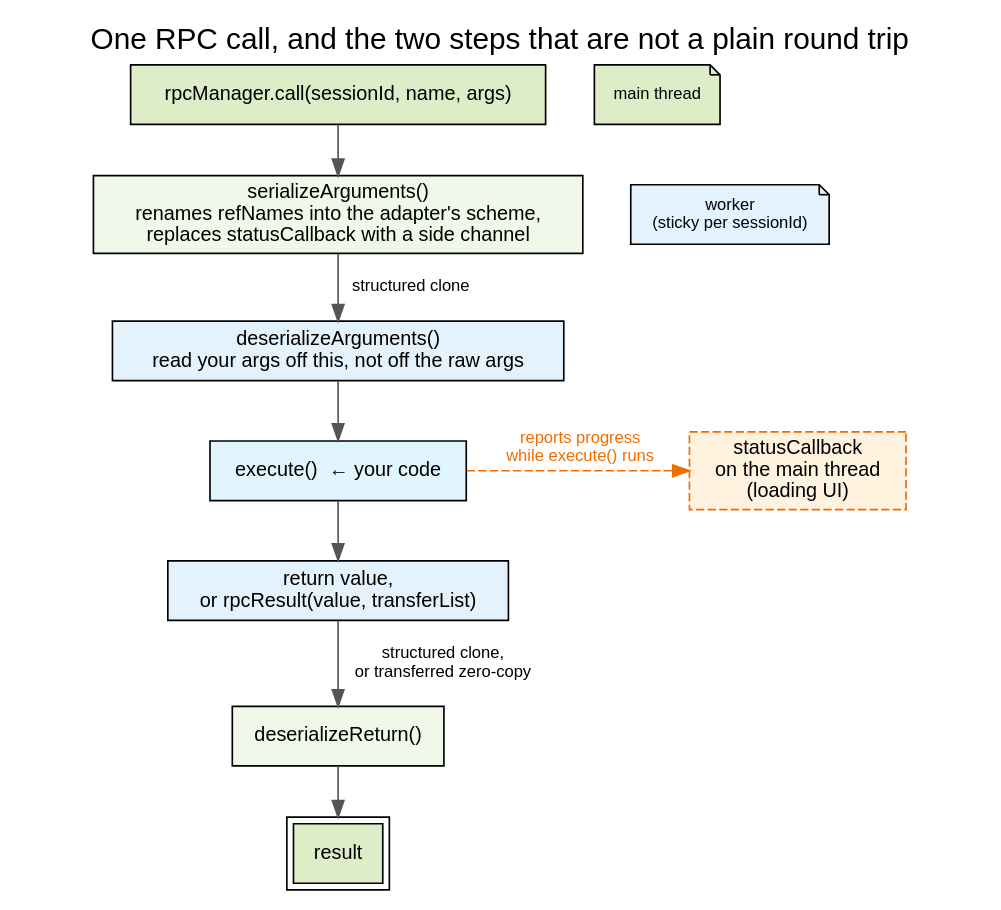
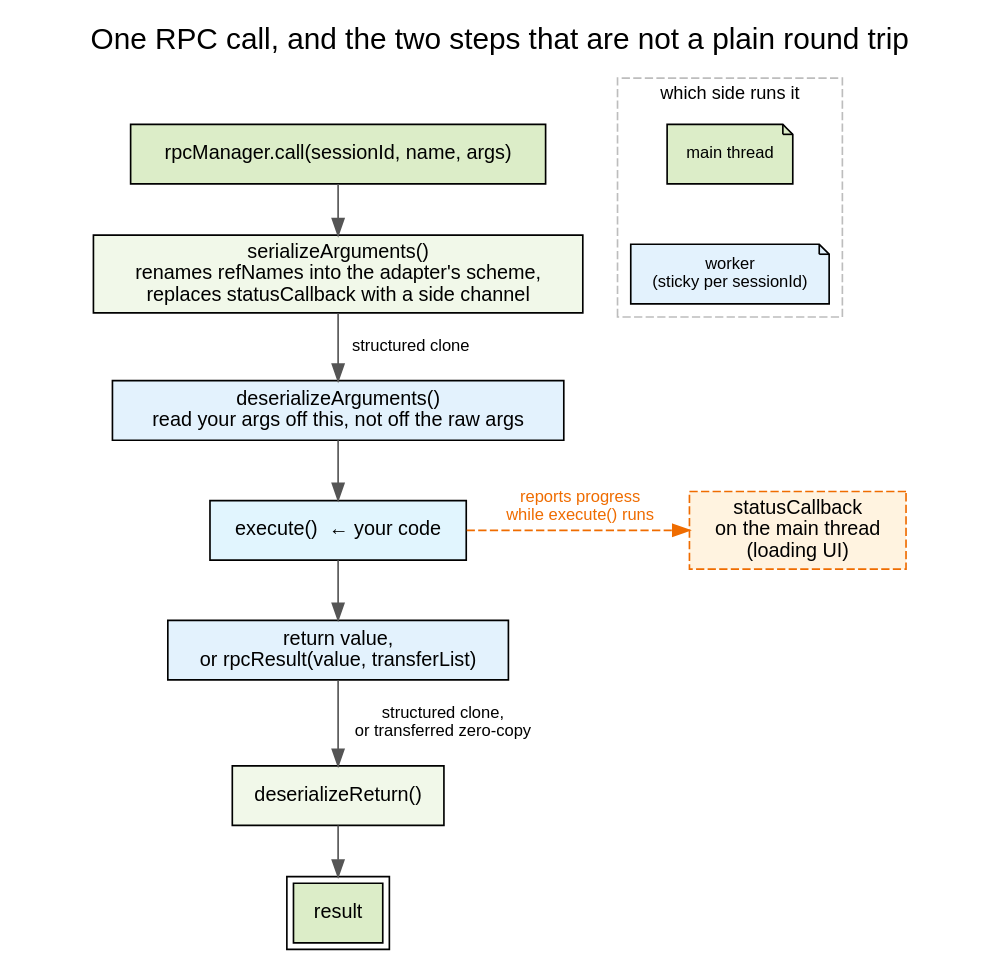
One commit to GMOD/jbrowse-components changed the diagram in website/diagrams/rpc_lifecycle.dot. Above: the diagram before and after it, drawn with Graphviz. The commit also changed 6 other files, not shown here.

```diff
--- a/website/diagrams/rpc_lifecycle.dot
+++ b/website/diagrams/rpc_lifecycle.dot
@@ -1,55 +1,68 @@
 // A there-and-back trip does not lay out as two clusters: main-thread nodes sit
 // at BOTH ends of the flow, so graphviz packs the worker cluster to one side and
 // the arrows read backwards. Side is carried by fill colour instead, with the
 // flow running straight down.
 digraph rpc_lifecycle {
   rankdir=TB
   labelloc=t
   fontname="Helvetica"
   fontsize=18
   label="One RPC call, and the two steps that are not a plain round trip"
   nodesep=0.4
   ranksep=0.4
 
   node [shape=box, fontname="Helvetica", fontsize=12, style=filled]
   edge [fontname="Helvetica", fontsize=10, color="#555555"]
 
   // green = main thread, blue = worker
   call [label="rpcManager.call(sessionId, name, args)", fillcolor="#dcedc8"]
   ser [label="serializeArguments()\nrenames refNames into the adapter's scheme,\nreplaces statusCallback with a side channel", fillcolor="#f1f8e9"]
   wdeser [label="deserializeArguments()\nread your args off this, not off the raw args", fillcolor="#e3f2fd"]
   exec [label="execute()  ← your code", fillcolor="#e1f5fe"]
   ret [label="return value,\nor rpcResult(value, transferList)", fillcolor="#e3f2fd"]
   deser [label="deserializeReturn()", fillcolor="#f1f8e9"]
   result [label="result", peripheries=2, fillcolor="#dcedc8"]
 
   status [
     label="statusCallback\non the main thread\n(loading UI)"
     style="filled,dashed"
     fillcolor="#fff3e0"
     color="#ef6c00"
   ]
 
-  legend_main [label="main thread", fillcolor="#dcedc8", shape=note, fontsize=10]
-  legend_worker [label="worker\n(sticky per sessionId)", fillcolor="#e3f2fd", shape=note, fontsize=10]
+  // A bordered key rather than two loose notes ranked beside the chain. Ranked,
+  // the BLUE worker note sat level with serializeArguments(), which is a GREEN
+  // main-thread node — so the key read as a label for that row and said the
+  // opposite of the colour it was there to explain. Nothing in the cluster is
+  // ranked against the chain, which is what keeps it a key.
+  subgraph cluster_legend {
+    label="which side runs it"
+    labelloc=t
+    fontname="Helvetica"
+    fontsize=11
+    style=dashed
+    color="#bdbdbd"
+
+    legend_main [label="main thread", fillcolor="#dcedc8", shape=note, fontsize=10]
+    legend_worker [label="worker\n(sticky per sessionId)", fillcolor="#e3f2fd", shape=note, fontsize=10]
+    legend_main -> legend_worker [style=invis]
+  }
 
   call -> ser
   ser -> wdeser [label="  structured clone"]
   wdeser -> exec
   exec -> ret
   ret -> deser [label="  structured clone,\n  or transferred zero-copy"]
   deser -> result
 
   // The one function-shaped thing that crosses, and it never actually crosses.
   exec -> status [
     label="  reports progress\n  while execute() runs"
     style=dashed
     constraint=false
     color="#ef6c00"
     fontcolor="#ef6c00"
   ]
 
   { rank=same; exec; status }
-  { rank=same; call; legend_main }
-  { rank=same; ser; legend_worker }
 }
```
